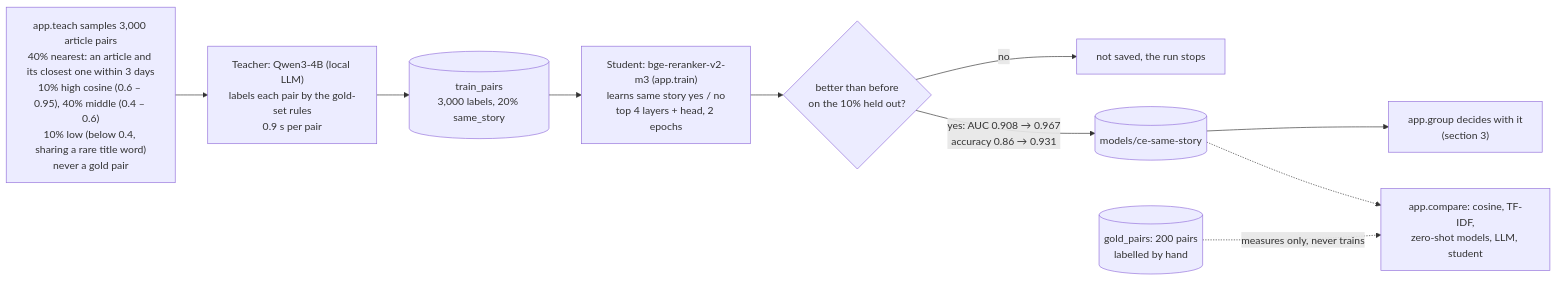
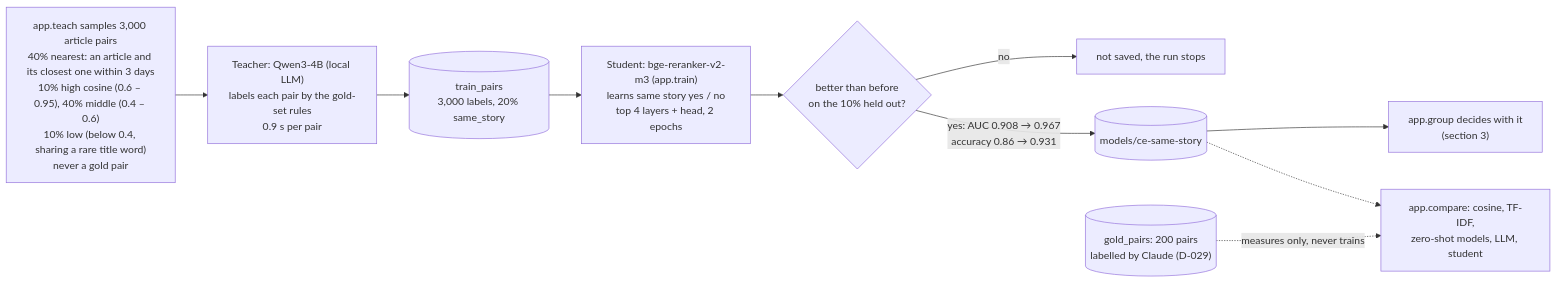
The sixth of 11 diagrams in docs/WORKFLOW.md (joybratasarkar/smriti), drawn with Mermaid before and after one commit. The commit also changed other lines of this file and 26 other files, not shown here.

````diff
--- a/docs/WORKFLOW.md
+++ b/docs/WORKFLOW.md
@@ -154,12 +160,12 @@
 ```mermaid
 flowchart LR
     P["app.teach samples 3,000 article pairs<br/>40% nearest: an article and its closest one within 3 days<br/>10% high cosine (0.6 – 0.95), 40% middle (0.4 – 0.6)<br/>10% low (below 0.4, sharing a rare title word)<br/>never a gold pair"] --> T["Teacher: Qwen3-4B (local LLM)<br/>labels each pair by the gold-set rules<br/>0.9 s per pair"]
     T --> D[("train_pairs<br/>3,000 labels, 20% same_story")]
     D --> S["Student: bge-reranker-v2-m3 (app.train)<br/>learns same story yes / no<br/>top 4 layers + head, 2 epochs"]
     S --> C{"better than before<br/>on the 10% held out?"}
     C -- "no" --> STOP["not saved, the run stops"]
     C -- "yes: AUC 0.908 → 0.967<br/>accuracy 0.86 → 0.931" --> M[("models/ce-same-story")]
     M --> G["app.group decides with it<br/>(section 3)"]
-    GOLD[("gold_pairs: 200 pairs<br/>labelled by hand")] -. "measures only, never trains" .-> CMP["app.compare: cosine, TF-IDF,<br/>zero-shot models, LLM, student"]
+    GOLD[("gold_pairs: 200 pairs<br/>labelled by Claude (D-029)")] -. "measures only, never trains" .-> CMP["app.compare: cosine, TF-IDF,<br/>zero-shot models, LLM, student"]
     M -.-> CMP
 ```
````
